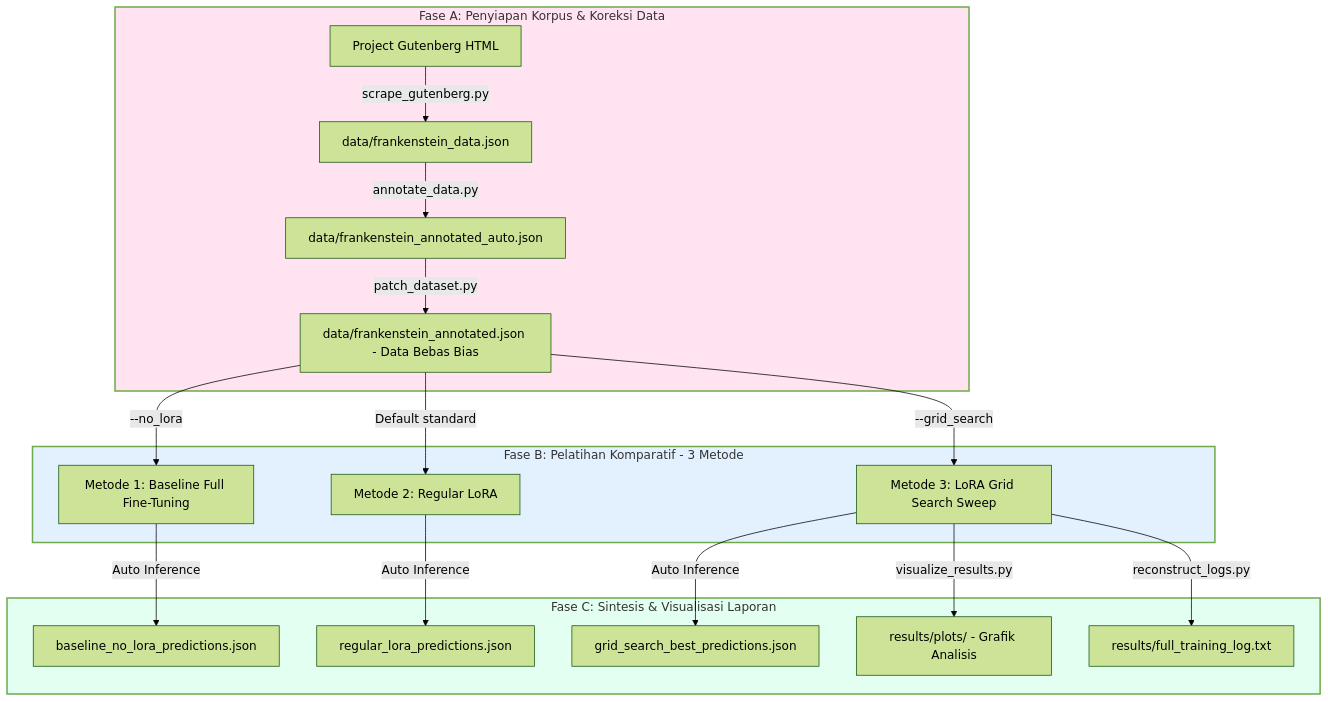
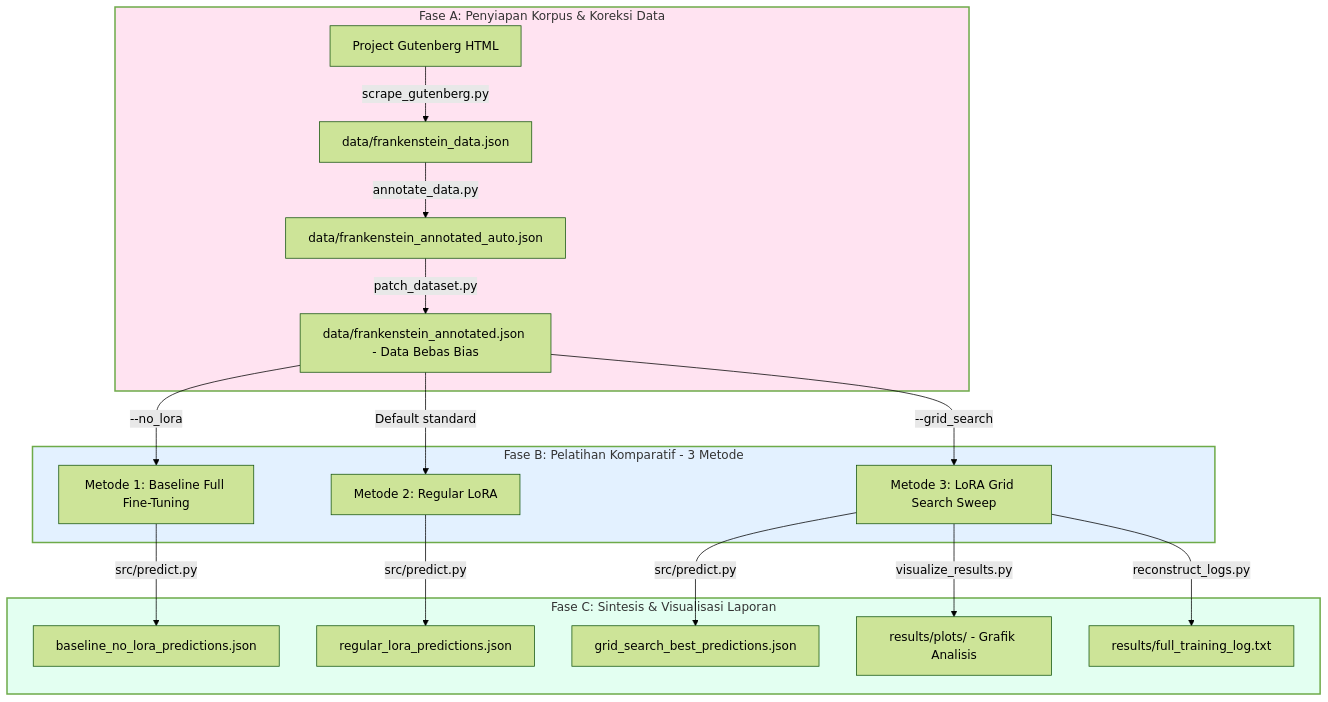
One commit to difadlyaulhaq/lora-roberta-frankenstein-ner changed the diagram in README.md. Above: the diagram before and after it, drawn with Mermaid (forest theme).

Commit message:
docs: Update Mermaid diagram in README to show src/predict.py

````diff
--- a/README.md
+++ b/README.md
@@ -13,30 +13,30 @@
 ```mermaid
 graph TD
     %% Fase A
     subgraph Fase_A [Fase A: Penyiapan Korpus & Koreksi Data]
         A[Project Gutenberg HTML] -->|scrape_gutenberg.py| B[data/frankenstein_data.json]
         B -->|annotate_data.py| C[data/frankenstein_annotated_auto.json]
         C -->|patch_dataset.py| D[data/frankenstein_annotated.json - Data Bebas Bias]
     end
 
     %% Fase B
     subgraph Fase_B [Fase B: Pelatihan Komparatif - 3 Metode]
         D -->|--no_lora| E1[Metode 1: Baseline Full Fine-Tuning]
         D -->|Default standard| E2[Metode 2: Regular LoRA]
         D -->|--grid_search| E3[Metode 3: LoRA Grid Search Sweep]
     end
 
     %% Fase C
     subgraph Fase_C [Fase C: Sintesis & Visualisasi Laporan]
-        E1 -->|Auto Inference| F1[baseline_no_lora_predictions.json]
-        E2 -->|Auto Inference| F2[regular_lora_predictions.json]
-        E3 -->|Auto Inference| F3[grid_search_best_predictions.json]
+        E1 -->|src/predict.py| F1[baseline_no_lora_predictions.json]
+        E2 -->|src/predict.py| F2[regular_lora_predictions.json]
+        E3 -->|src/predict.py| F3[grid_search_best_predictions.json]
         
         E3 -->|visualize_results.py| H[results/plots/ - Grafik Analisis]
         E3 -->|reconstruct_logs.py| I[results/full_training_log.txt]
     end
 
     style Fase_A fill:#ffe3f1,stroke:#33,stroke-width:2px
     style Fase_B fill:#e3f1ff,stroke:#33,stroke-width:2px
     style Fase_C fill:#e3fff1,stroke:#33,stroke-width:2px
 ```
````
